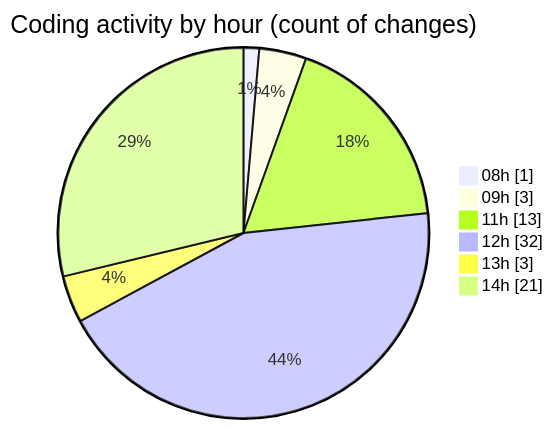
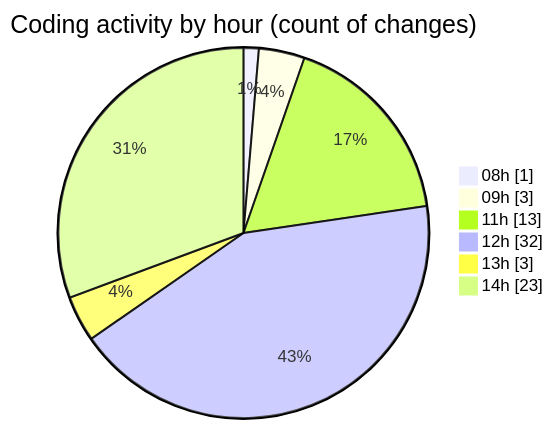
The second of 2 diagrams in 2025-11-04/cda/README.md (momahboobian/code-tracking), drawn with Mermaid before and after one commit. The commit also changed other lines of this file and 1 other file, not shown here.

````diff
--- a/2025-11-04/cda/README.md
+++ b/2025-11-04/cda/README.md
@@ -48,10 +48,10 @@
 ```mermaid
 pie showData
 title Coding activity by hour (count of changes)
 "08h" : 1
 "09h" : 3
 "11h" : 13
 "12h" : 32
 "13h" : 3
-"14h" : 21
+"14h" : 23
 ```
````
